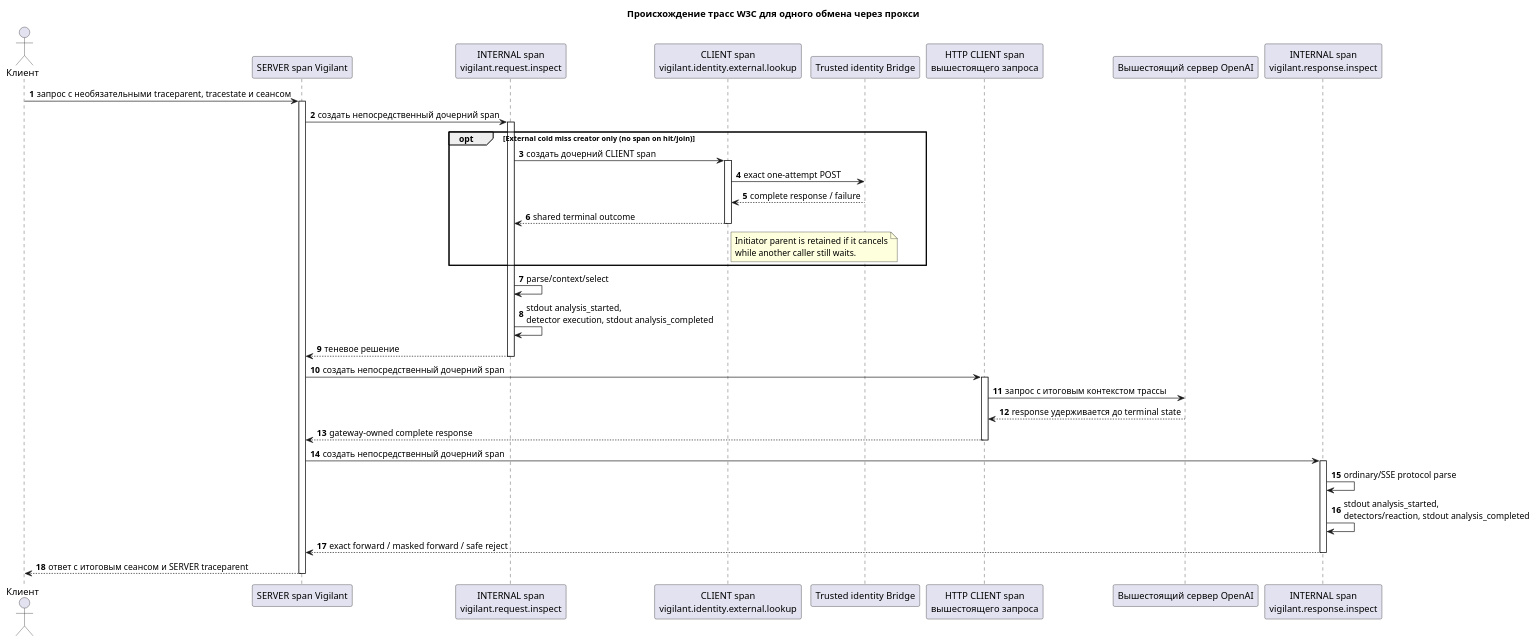
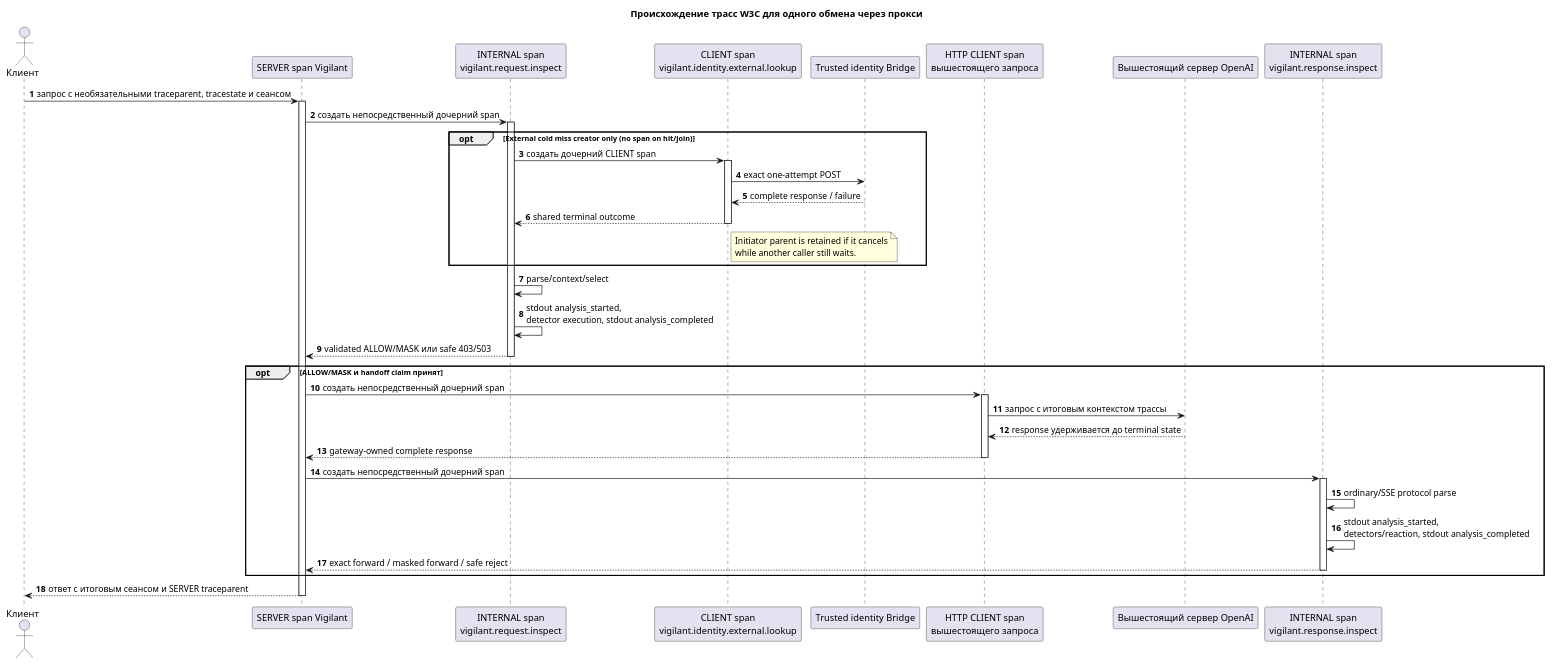
Before and after one commit to finnetrolle/vigilant: the diagram in docs/diagrams/tracing-sequence.puml, drawn with PlantUML. The commit also changed 77 other files, not shown here.

```diff
--- a/docs/diagrams/tracing-sequence.puml
+++ b/docs/diagrams/tracing-sequence.puml
@@ -1,48 +1,50 @@
 @startuml
 title Происхождение трасс W3C для одного обмена через прокси
 autonumber
 
 actor "Клиент" as Client
 participant "SERVER span Vigilant" as Server
 participant "INTERNAL span\nvigilant.request.inspect" as RequestInspect
 participant "CLIENT span\nvigilant.identity.external.lookup" as IdentityLookup
 participant "Trusted identity Bridge" as Bridge
 participant "HTTP CLIENT span\nвышестоящего запроса" as UpstreamSpan
 participant "Вышестоящий сервер OpenAI" as Upstream
 participant "INTERNAL span\nvigilant.response.inspect" as ResponseInspect
 
 Client -> Server : запрос с необязательными traceparent, tracestate и сеансом
 activate Server
 Server -> RequestInspect : создать непосредственный дочерний span
 activate RequestInspect
 opt External cold miss creator only (no span on hit/join)
   RequestInspect -> IdentityLookup : создать дочерний CLIENT span
   activate IdentityLookup
   IdentityLookup -> Bridge : exact one-attempt POST
   Bridge --> IdentityLookup : complete response / failure
   IdentityLookup --> RequestInspect : shared terminal outcome
   note right of IdentityLookup
     Initiator parent is retained if it cancels
     while another caller still waits.
   end note
   deactivate IdentityLookup
 end
 RequestInspect -> RequestInspect : parse/context/select
 RequestInspect -> RequestInspect : stdout analysis_started,\ndetector execution, stdout analysis_completed
-RequestInspect --> Server : теневое решение
+RequestInspect --> Server : validated ALLOW/MASK или safe 403/503
 deactivate RequestInspect
+opt ALLOW/MASK и handoff claim принят
 Server -> UpstreamSpan : создать непосредственный дочерний span
 activate UpstreamSpan
 UpstreamSpan -> Upstream : запрос с итоговым контекстом трассы
 Upstream --> UpstreamSpan : response удерживается до terminal state
 UpstreamSpan --> Server : gateway-owned complete response
 deactivate UpstreamSpan
 Server -> ResponseInspect : создать непосредственный дочерний span
 activate ResponseInspect
 ResponseInspect -> ResponseInspect : ordinary/SSE protocol parse
 ResponseInspect -> ResponseInspect : stdout analysis_started,\ndetectors/reaction, stdout analysis_completed
 ResponseInspect --> Server : exact forward / masked forward / safe reject
 deactivate ResponseInspect
+end
 Server --> Client : ответ с итоговым сеансом и SERVER traceparent
 deactivate Server
 @enduml
```
